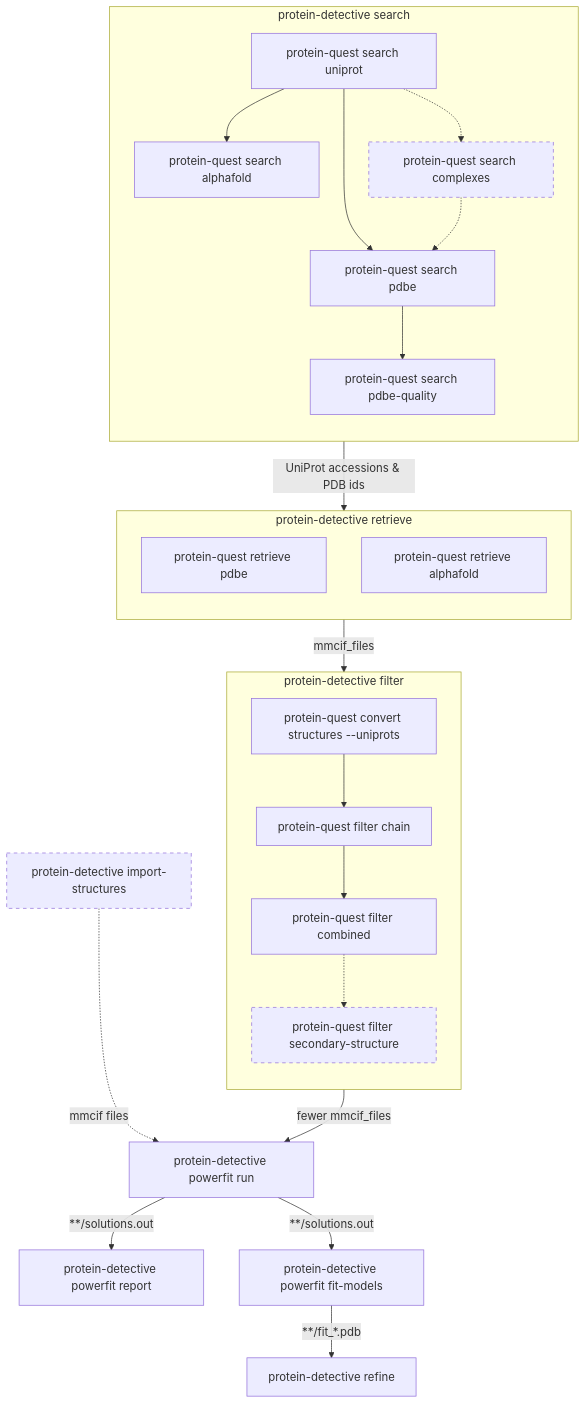
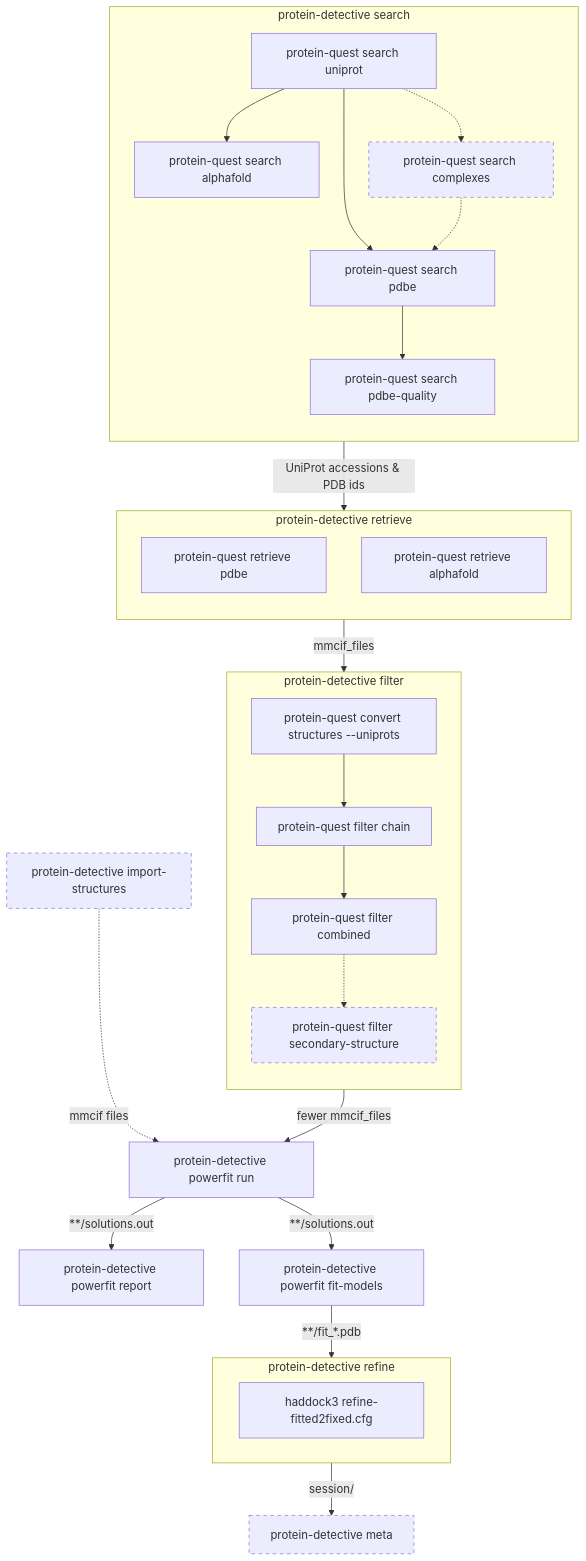
Before and after one commit to haddocking/protein-detective: the diagram in README.md, drawn with Mermaid.

Commit message:
Add haddock3 and meta to diagram

````diff
--- a/README.md
+++ b/README.md
@@ -43,48 +43,54 @@
 ```mermaid
 flowchart TB
     subgraph search [protein-detective search]
         direction TB
         S2[protein-quest search uniprot]
         S3[protein-quest search alphafold]
         S4[protein-quest search pdbe]
         S5[protein-quest search pdbe-quality]
         S6[protein-quest search complexes]
         S2 --> S3 & S4
         S4 --> S5
         S2 -.-> S6
         S6 -.-> S4
     end
     search -- "UniProt accessions & PDB ids" --> retrieve
 
     subgraph retrieve [protein-detective retrieve]
         direction TB
         R2[protein-quest retrieve pdbe]
         R3[protein-quest retrieve alphafold]
     end
     retrieve -- "mmcif_files" --> filter
 
     subgraph filter [protein-detective filter]
         direction TB
         F2[protein-quest convert structures --uniprots]
         F3[protein-quest filter chain]
         F4[protein-quest filter combined]
         F5[protein-quest filter secondary-structure]
         F2 --> F3 --> F4 -.-> F5
     end
     filter -- "fewer mmcif_files" --> P1[protein-detective powerfit run]
 
     I1[protein-detective import-structures]
     I1 -. "mmcif files" .-> P1
 
     E1[protein-detective powerfit report]
     M1[protein-detective powerfit fit-models]
     P1 -- "**/solutions.out" --> E1 & M1
 
-    R1[protein-detective refine]
-    M1 -- "**/fit_*.pdb" --> R1
+    subgraph refine [protein-detective refine]
+        R1[haddock3 refine-fitted2fixed.cfg]
+    end
+    M1 -- "**/fit_*.pdb" --> refine
+
+    META[protein-detective meta]
+    refine -- session/ --> META
 
     classDef dashedBorder stroke-dasharray: 5 5;
     S6:::dashedBorder
     F5:::dashedBorder
     I1:::dashedBorder
+    META:::dashedBorder
 ```
````
